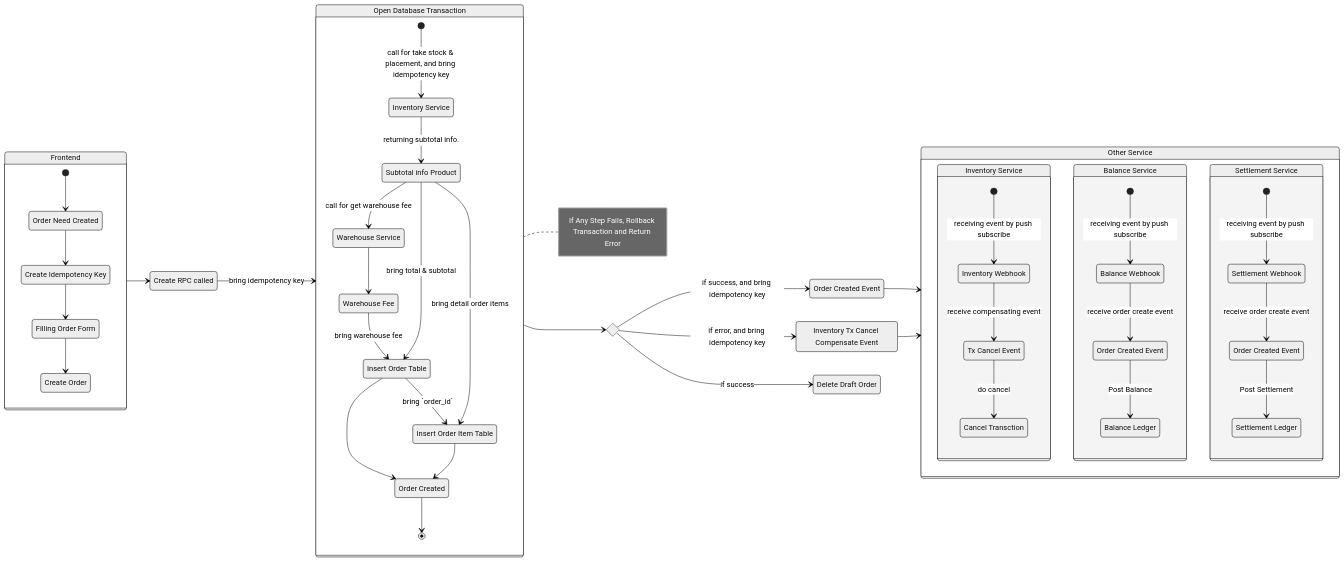
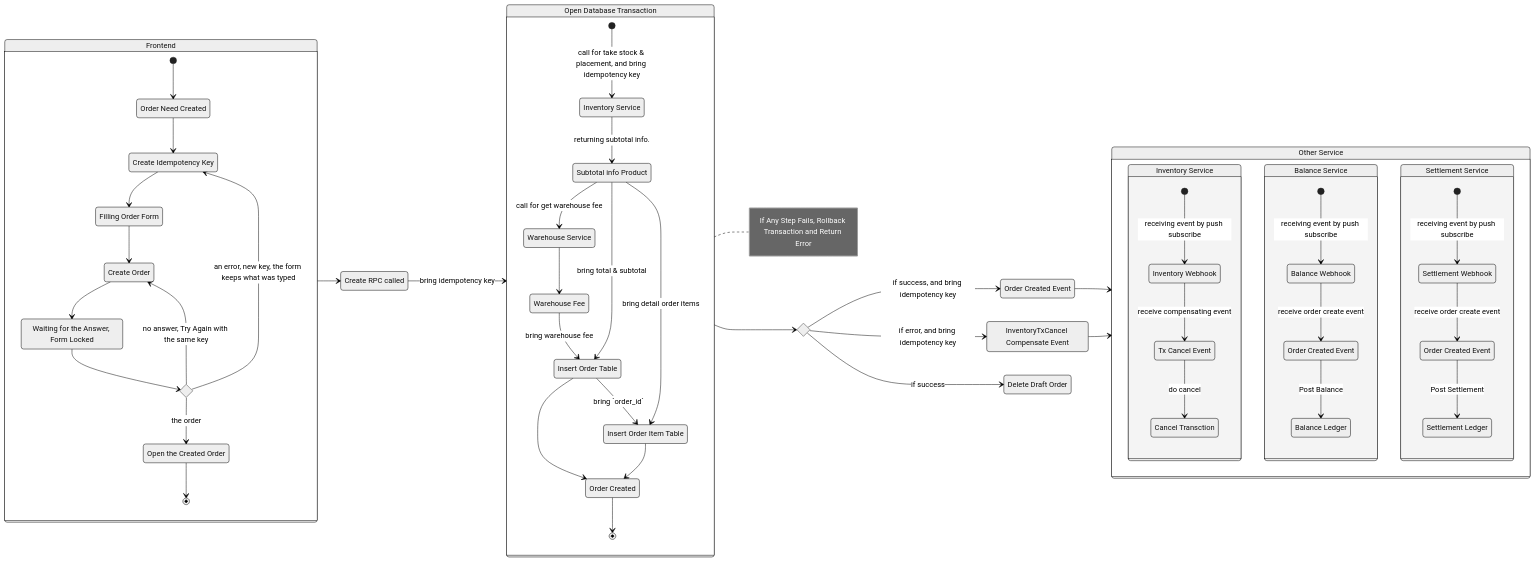
The diagram in docs/business/order/order_creation.md (pdcgo/warehouse_revamp), drawn with Mermaid (neutral theme) before and after one commit. The commit also changed other lines of this file and 4 other files, not shown here.

First line of the commit message:
docs(order): the idempotency key's loop, its event name, and what the key work still leaves open

```diff
--- a/docs/business/order/order_creation.md
+++ b/docs/business/order/order_creation.md
@@ -10,11 +10,20 @@
     state "Create Idempotency Key" as idem
     state "Filling Order Form" as fill
     state "Create Order" as cre
+    state "Waiting for the Answer, Form Locked" as wait
+    state answer <<choice>>
+    state "Open the Created Order" as done
 
     [*]-->needc
     needc-->idem
     idem-->fill
     fill-->cre
+    cre-->wait
+    wait-->answer
+    answer-->done: the order
+    answer-->idem: an error, new key, the form keeps what was typed
+    answer-->cre: no answer, Try Again with the same key
+    done-->[*]
 }
 
 fe-->rpc
@@ -103,7 +112,7 @@
 
 tx-->create_err
 state "Order Created Event" as createdevt
-state "Inventory Tx Cancel Compensate Event" as cominvevt
+state "InventoryTxCancel Compensate Event" as cominvevt
 state "Delete Draft Order" as draft
 
 create_err-->createdevt: if success, and bring idempotency key
```
